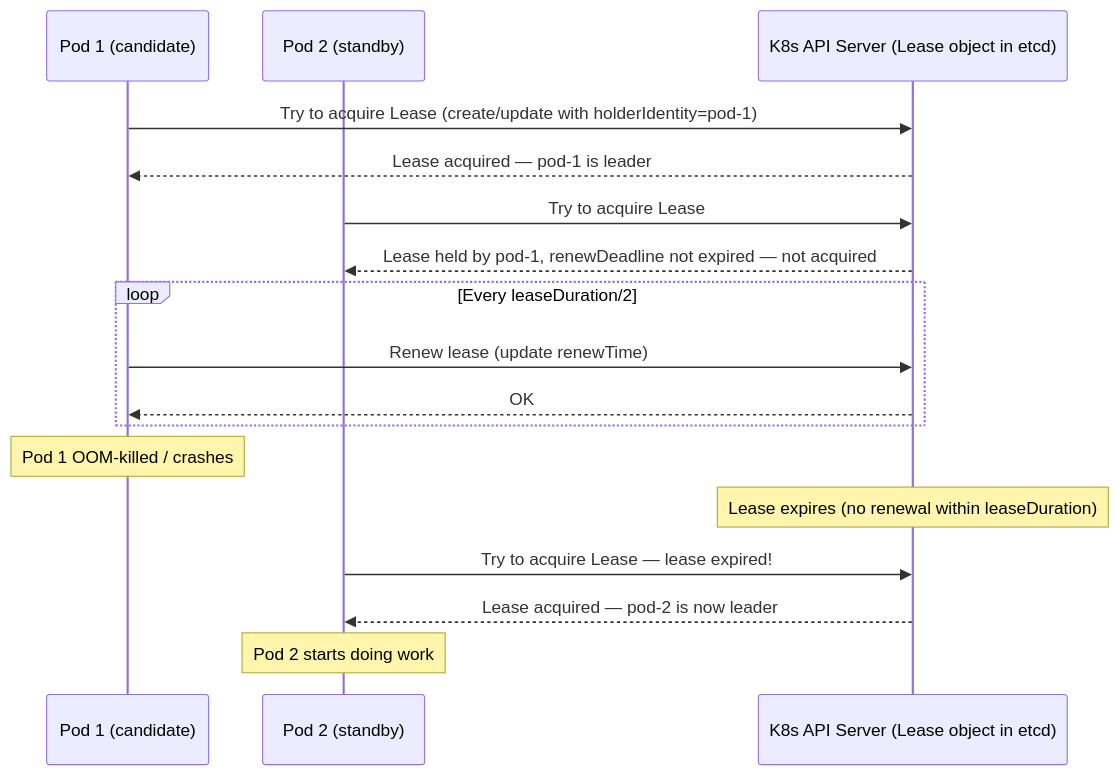
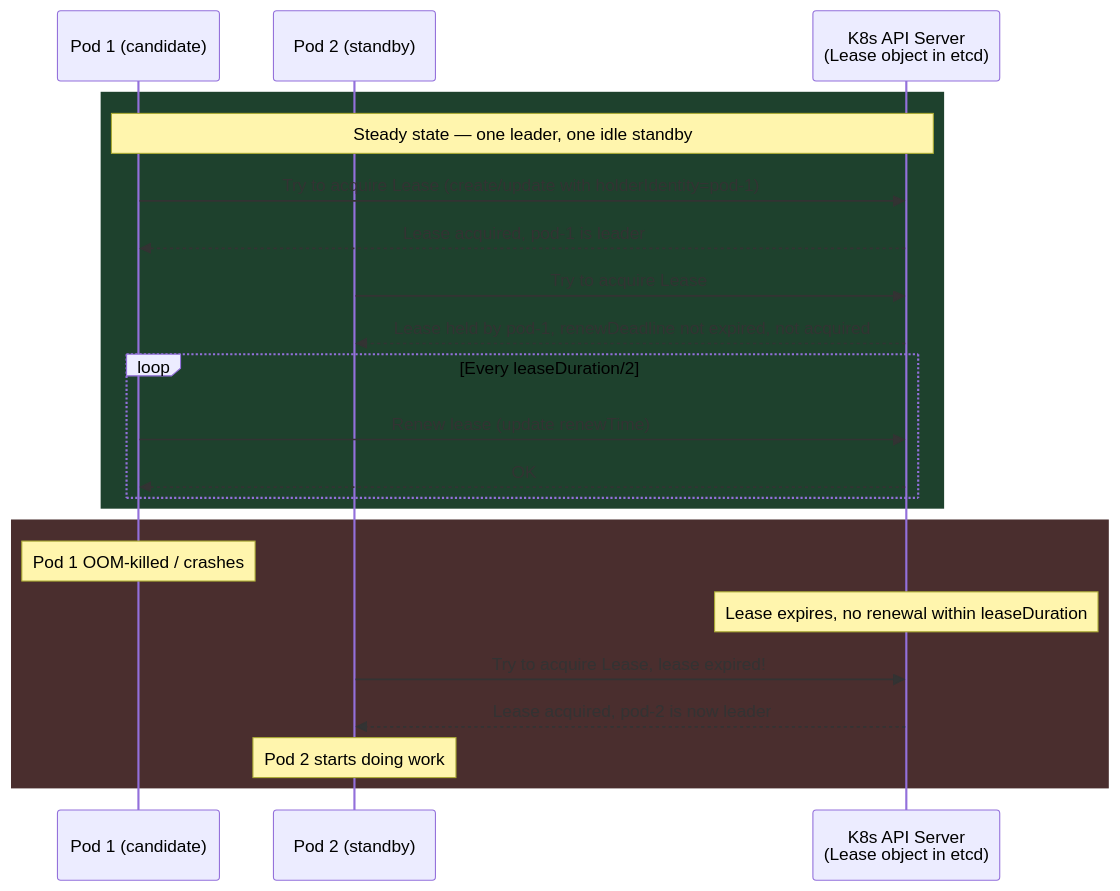
The first of 5 diagrams in sre/sre-concepts.md (deepanshu-rawat6/DevOpsIndex), drawn with Mermaid before and after one commit. The commit also changed other lines of this file and 10 other files, not shown here.

````diff
--- a/sre/sre-concepts.md
+++ b/sre/sre-concepts.md
@@ -9,23 +14,27 @@
 ```mermaid
 sequenceDiagram
     participant P1 as Pod 1 (candidate)
     participant P2 as Pod 2 (standby)
-    participant K8s as K8s API Server (Lease object in etcd)
+    participant K8s as K8s API Server<br/>(Lease object in etcd)
 
+    rect rgb(30, 65, 45)
+    Note over P1,K8s: Steady state — one leader, one idle standby
     P1->>K8s: Try to acquire Lease (create/update with holderIdentity=pod-1)
-    K8s-->>P1: Lease acquired — pod-1 is leader
+    K8s-->>P1: Lease acquired, pod-1 is leader
     P2->>K8s: Try to acquire Lease
-    K8s-->>P2: Lease held by pod-1, renewDeadline not expired — not acquired
+    K8s-->>P2: Lease held by pod-1, renewDeadline not expired, not acquired
 
     loop Every leaseDuration/2
         P1->>K8s: Renew lease (update renewTime)
         K8s-->>P1: OK
     end
+    end
 
+    rect rgb(74, 46, 46)
     Note over P1: Pod 1 OOM-killed / crashes
-    Note over K8s: Lease expires (no renewal within leaseDuration)
-
-    P2->>K8s: Try to acquire Lease — lease expired!
-    K8s-->>P2: Lease acquired — pod-2 is now leader
+    Note over K8s: Lease expires, no renewal within leaseDuration
+    P2->>K8s: Try to acquire Lease, lease expired!
+    K8s-->>P2: Lease acquired, pod-2 is now leader
     Note over P2: Pod 2 starts doing work
+    end
 ```
````
